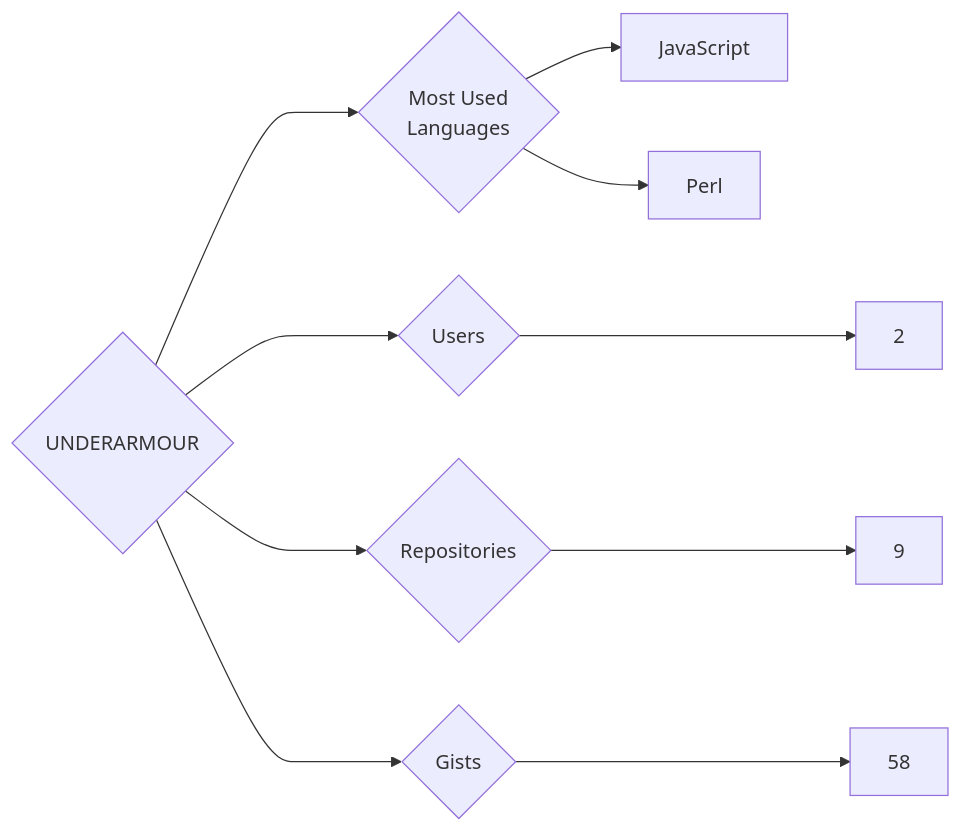
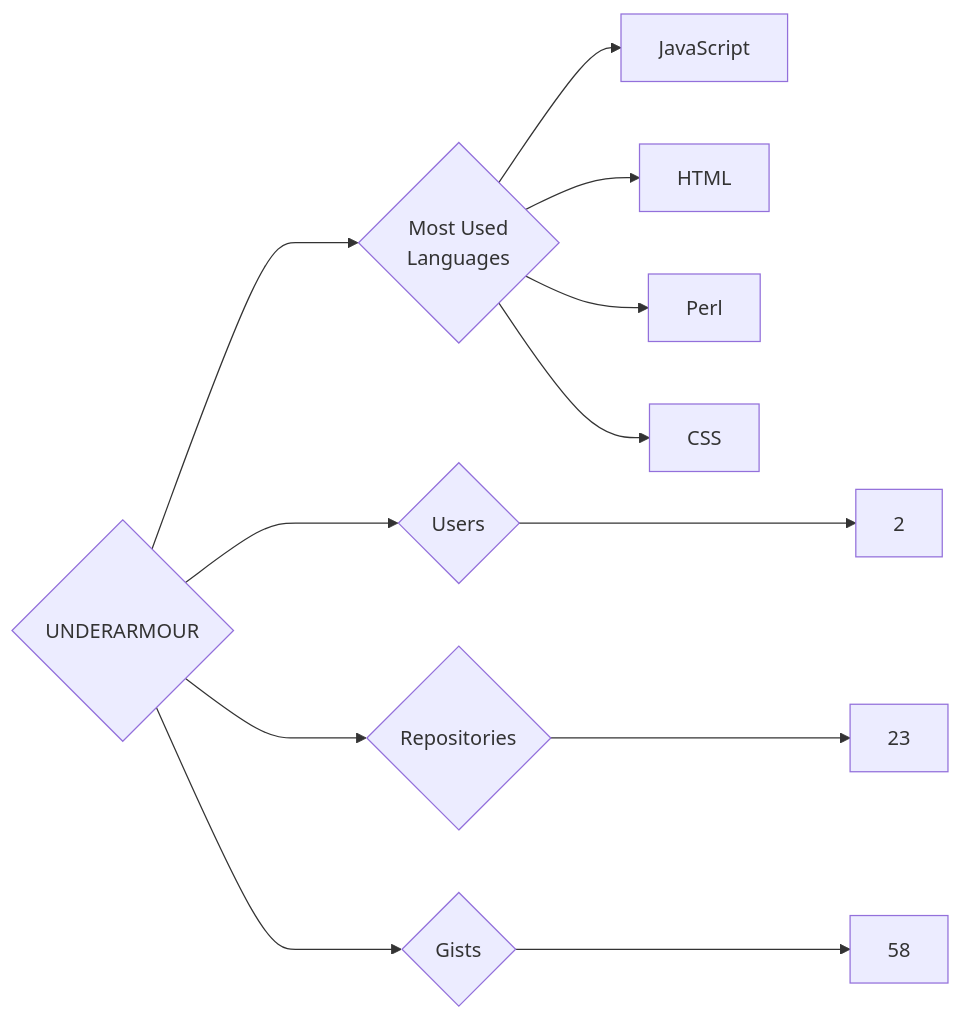
Before and after one commit to trickest/insiders: the diagram in targets/UNDERARMOUR/README.md, drawn with Mermaid. The commit also changed 940 other files, not shown here.

````diff
--- a/targets/UNDERARMOUR/README.md
+++ b/targets/UNDERARMOUR/README.md
@@ -3,10 +3,12 @@
 ```mermaid
 graph LR
 COMPANY_NAME{UNDERARMOUR}
 COMPANY_NAME ---> U{Users} ---> UN[2]
-COMPANY_NAME ---> R{Repositories} ---> RN[9]
+COMPANY_NAME ---> R{Repositories} ---> RN[23]
 COMPANY_NAME ---> G{Gists} ---> GN[58]
 COMPANY_NAME ---> ML{Most Used<br>Languages}
 ML --> JavaScript[JavaScript]
+ML --> HTML[HTML]
 ML --> Perl[Perl]
+ML --> CSS[CSS]
 ```
````
